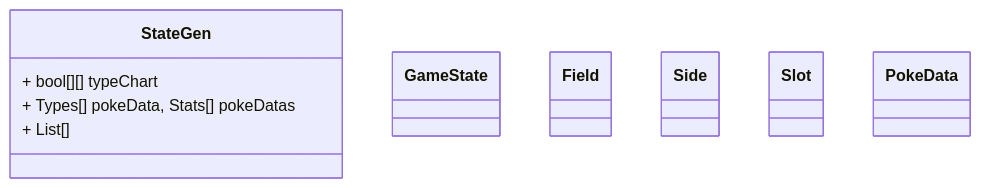
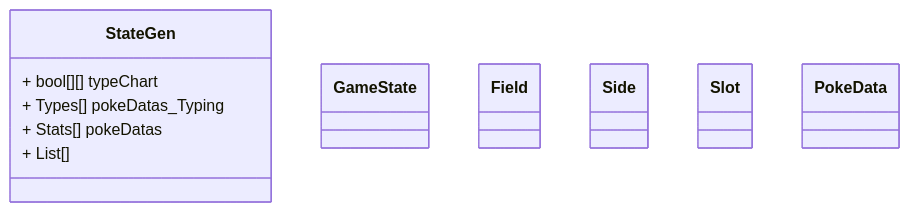
Before and after one commit to UtaSzane/iodraw-files: the diagram in all/Untitled.md, drawn with Mermaid.

Commit message:
2026-06-07 23:27:20 update

````diff
--- a/all/Untitled.md
+++ b/all/Untitled.md
@@ -1,23 +1,24 @@
 ```mermaid
 classDiagram
     class StateGen {
         + bool[][] typeChart
-        + Types[] pokeData, Stats[] pokeDatas
+        + Types[] pokeDatas_Typing
+        + Stats[] pokeDatas
         + List[]
     }  
     class GameState {
 
     }
     class Field {
 
     }
     class Side {
 
     }
     class Slot {
 
     }
     class PokeData {
 
     }
 ```
````
